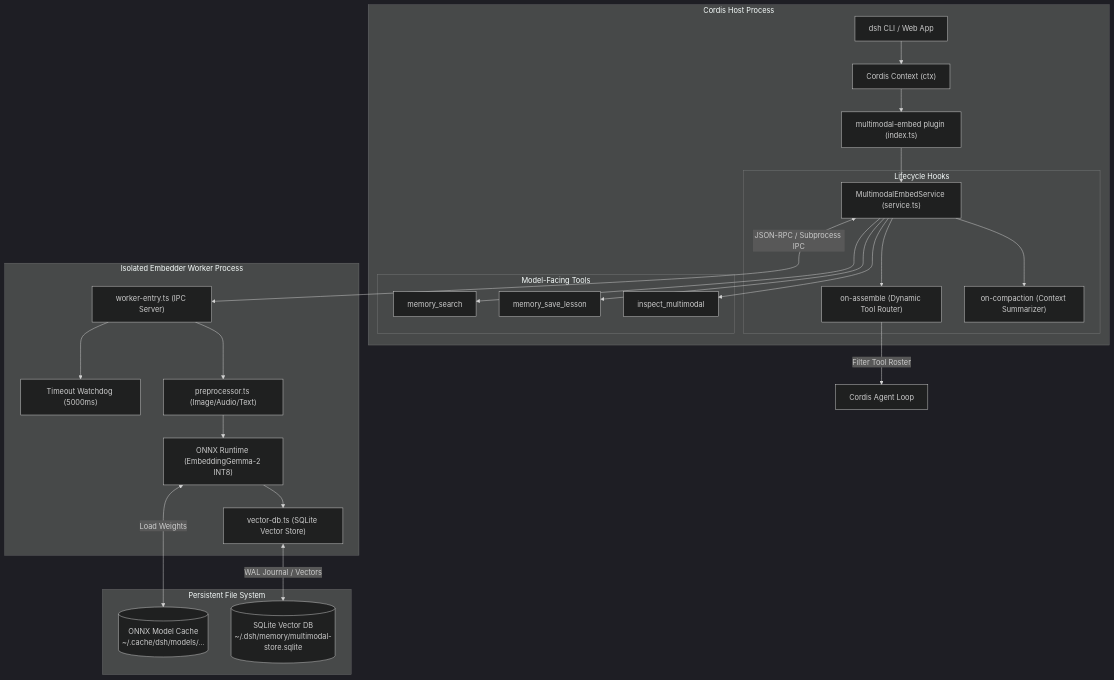
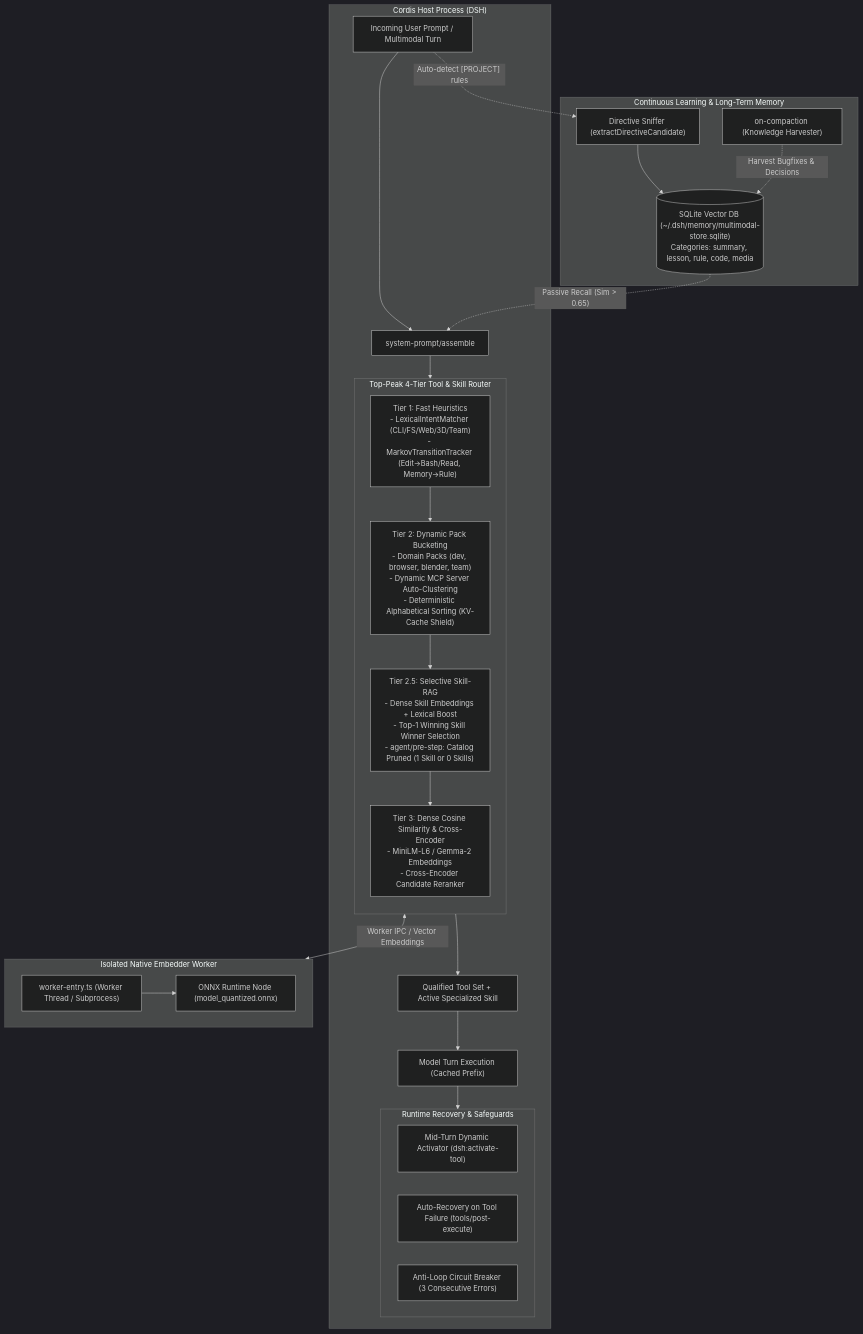
One commit to fajrulmuyaqqin-wq/deepseek-harness changed the first of 2 diagrams in packages/experimental/multimodal-embed/ARCHITECTURE.md. Above: the diagram before and after it, drawn with Mermaid (dark theme). The commit also changed other lines of this file, not shown here.

Commit message:
docs(multimodal-embed): update architecture blueprint for Top-Peak Tool-RAG, Skill-RAG, and memory engine

````diff
--- a/packages/experimental/multimodal-embed/ARCHITECTURE.md
+++ b/packages/experimental/multimodal-embed/ARCHITECTURE.md
@@ -17,37 +19,46 @@
 ```mermaid
 flowchart TD
-    subgraph Host["Cordis Host Process"]
-        App["dsh CLI / Web App"] --> Ctx["Cordis Context (ctx)"]
-        Ctx --> Plugin["multimodal-embed plugin (index.ts)"]
-        Plugin --> Svc["MultimodalEmbedService (service.ts)"]
+    subgraph Host["Cordis Host Process (DSH)"]
+        UserPrompt["Incoming User Prompt / Multimodal Turn"] --> PreAssemble["system-prompt/assemble"]
 
-        subgraph Hooks["Lifecycle Hooks"]
-            Svc --> HookAssemble["on-assemble (Dynamic Tool Router)"]
-            Svc --> HookCompact["on-compaction (Context Summarizer)"]
+        subgraph RoutingPipeline["Top-Peak 4-Tier Tool & Skill Router"]
+            direction TB
+            Tier1["Tier 1: Fast Heuristics\n- LexicalIntentMatcher (CLI/FS/Web/3D/Team)\n- MarkovTransitionTracker (Edit->Bash/Read, Memory->Rule)"]
+            Tier2["Tier 2: Dynamic Pack Bucketing\n- Domain Packs (dev, browser, blender, team)\n- Dynamic MCP Server Auto-Clustering\n- Deterministic Alphabetical Sorting (KV-Cache Shield)"]
+            Tier25["Tier 2.5: Selective Skill-RAG\n- Dense Skill Embeddings + Lexical Boost\n- Top-1 Winning Skill Winner Selection\n- agent/pre-step: Catalog Pruned (1 Skill or 0 Skills)"]
+            Tier3["Tier 3: Dense Cosine Similarity & Cross-Encoder\n- MiniLM-L6 / Gemma-2 Embeddings\n- Cross-Encoder Candidate Reranker"]
+
+            Tier1 --> Tier2 --> Tier25 --> Tier3
         end
 
-        subgraph Tools["Model-Facing Tools"]
-            Svc --> TSearch["memory_search"]
-            Svc --> TSave["memory_save_lesson"]
-            Svc --> TInspect["inspect_multimodal"]
+        PreAssemble --> RoutingPipeline
+        RoutingPipeline --> ToolSchema["Qualified Tool Set + Active Specialized Skill"]
+        ToolSchema --> LLMTurn["Model Turn Execution (Cached Prefix)"]
+
+        subgraph SafetyGuards["Runtime Recovery & Safeguards"]
+            MidTurn["Mid-Turn Dynamic Activator (dsh:activate-tool)"]
+            PostExec["Auto-Recovery on Tool Failure (tools/post-execute)"]
+            AntiLoop["Anti-Loop Circuit Breaker (3 Consecutive Errors)"]
         end
+
+        LLMTurn --> SafetyGuards
     end
 
-    subgraph Subprocess["Isolated Embedder Worker Process"]
-        WorkerEntry["worker-entry.ts (IPC Server)"]
-        WorkerEntry --> Watchdog["Timeout Watchdog (5000ms)"]
-        WorkerEntry --> Preproc["preprocessor.ts (Image/Audio/Text)"]
-        Preproc --> Model["ONNX Runtime (EmbeddingGemma-2 INT8)"]
-        Model --> VectorDB["vector-db.ts (SQLite Vector Store)"]
+    subgraph MemoryEngine["Continuous Learning & Long-Term Memory"]
+        Sniffer["Directive Sniffer (extractDirectiveCandidate)"]
+        CompactionHook["on-compaction (Knowledge Harvester)"]
+        VectorDB[("SQLite Vector DB (~/.dsh/memory/multimodal-store.sqlite)\nCategories: summary, lesson, rule, code, media")]
+
+        UserPrompt -.->|"Auto-detect [PROJECT] rules"| Sniffer --> VectorDB
+        CompactionHook -.->|"Harvest Bugfixes & Decisions"| VectorDB
+        VectorDB -.->|"Passive Recall (Sim > 0.65)"| PreAssemble
     end
 
-    subgraph Storage["Persistent File System"]
-        DiskModel[("ONNX Model Cache\n~/.cache/dsh/models/...")]
-        DiskDB[("SQLite Vector DB\n~/.dsh/memory/multimodal-store.sqlite")]
+    subgraph SubprocessWorker["Isolated Native Embedder Worker"]
+        WorkerEntry["worker-entry.ts (Worker Thread / Subprocess)"]
+        ONNX["ONNX Runtime Node (model_quantized.onnx)"]
+        WorkerEntry --> ONNX
     end
 
-    Svc <-->|"JSON-RPC / Subprocess IPC"| WorkerEntry
-    Model <-->|"Load Weights"| DiskModel
-    VectorDB <-->|"WAL Journal / Vectors"| DiskDB
-    HookAssemble -->|"Filter Tool Roster"| AgentLoop["Cordis Agent Loop"]
+    RoutingPipeline <-->|"Worker IPC / Vector Embeddings"| SubprocessWorker
 ```
````
